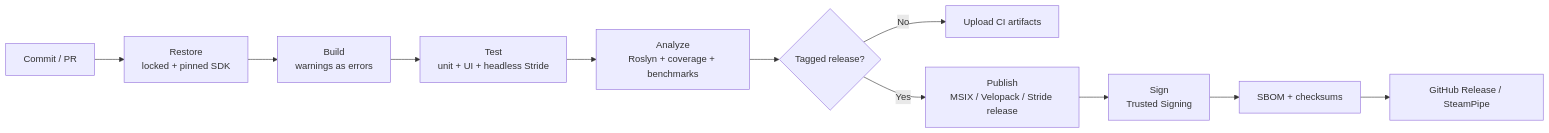
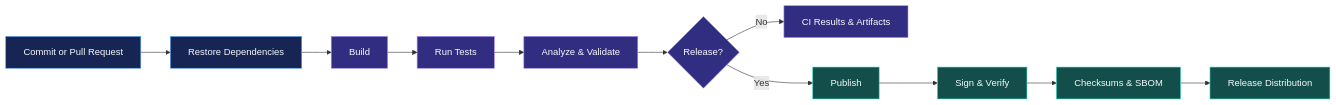
The second of 2 diagrams in README.md (ShadowK101/ShadowK101), drawn with Mermaid before and after one commit. The commit also changed other lines of this file, not shown here.

````diff
--- a/README.md
+++ b/README.md
@@ -323,13 +354,21 @@
 ```mermaid
 flowchart LR
-    A[Commit / PR] --> B[Restore<br/>locked + pinned SDK]
-    B --> C[Build<br/>warnings as errors]
-    C --> D[Test<br/>unit + UI + headless Stride]
-    D --> E[Analyze<br/>Roslyn + coverage + benchmarks]
-    E --> F{Tagged release?}
-    F -- No --> G[Upload CI artifacts]
-    F -- Yes --> H[Publish<br/>MSIX / Velopack / Stride release]
-    H --> I[Sign<br/>Trusted Signing]
-    I --> J[SBOM + checksums]
-    J --> K[GitHub Release / SteamPipe]
+    A["Commit or Pull Request"] --> B["Restore Dependencies"]
+    B --> C["Build"]
+    C --> D["Run Tests"]
+    D --> E["Analyze & Validate"]
+    E --> F{"Release?"}
+    F -->|No| G["CI Results & Artifacts"]
+    F -->|Yes| H["Publish"]
+    H --> I["Sign & Verify"]
+    I --> J["Checksums & SBOM"]
+    J --> K["Release Distribution"]
+
+    classDef source fill:#172554,stroke:#60A5FA,color:#F8FAFC
+    classDef validate fill:#312E81,stroke:#A78BFA,color:#F8FAFC
+    classDef release fill:#134E4A,stroke:#2DD4BF,color:#F8FAFC
+
+    class A,B source
+    class C,D,E,F,G validate
+    class H,I,J,K release
 ```
````
